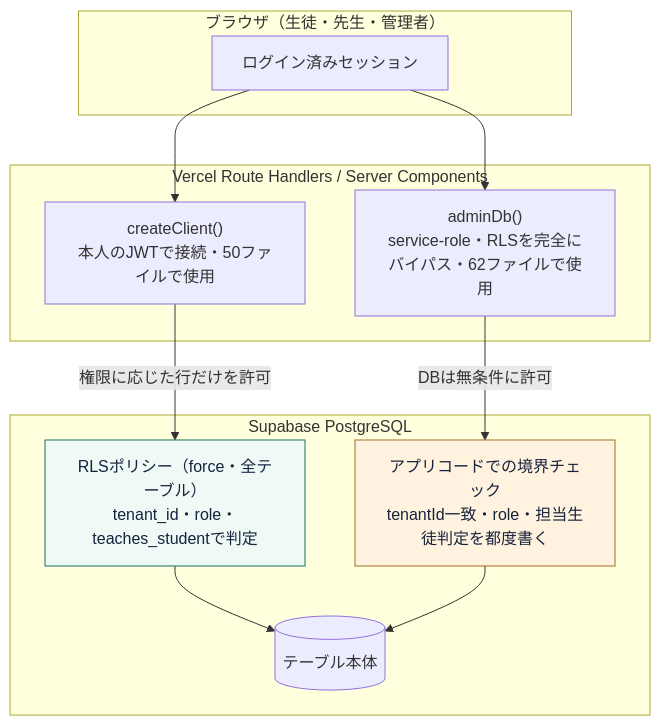
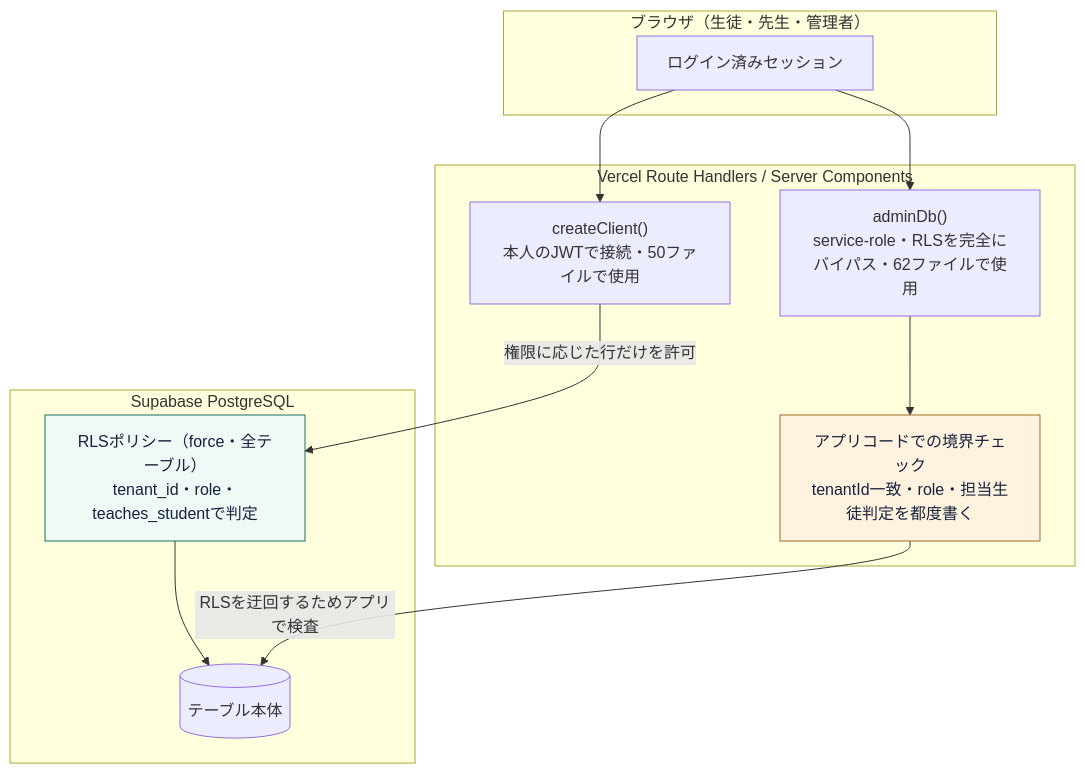
One commit to Ryuto42/toinowa changed the fifth of 5 diagrams in docs/qiita-article.md. Above: the diagram before and after it, drawn with Mermaid. The commit also changed other lines of this file, not shown here.

````diff
--- a/docs/qiita-article.md
+++ b/docs/qiita-article.md
@@ -376,24 +367,24 @@
 ```mermaid
 flowchart TB
     subgraph client["ブラウザ（生徒・先生・管理者）"]
         U["ログイン済みセッション"]
     end
 
     subgraph vercel["Vercel Route Handlers / Server Components"]
         RA["createClient()<br/>本人のJWTで接続・50ファイルで使用"]
         RB["adminDb()<br/>service-role・RLSを完全にバイパス・62ファイルで使用"]
+        APPCHECK["アプリコードでの境界チェック<br/>tenantId一致・role・担当生徒判定を都度書く"]
     end
 
     subgraph supabase["Supabase PostgreSQL"]
         RLS["RLSポリシー（force・全テーブル）<br/>tenant_id・role・teaches_studentで判定"]
-        APPCHECK["アプリコードでの境界チェック<br/>tenantId一致・role・担当生徒判定を都度書く"]
         PG[("テーブル本体")]
     end
 
     U --> RA & RB
     RA -->|権限に応じた行だけを許可| RLS --> PG
-    RB -->|DBは無条件に許可| APPCHECK --> PG
+    RB --> APPCHECK -->|RLSを迂回するためアプリで検査| PG
 
     style RLS fill:#eff9f6,stroke:#1c6e60,color:#17233d
     style APPCHECK fill:#fff3df,stroke:#a36b22,color:#17233d
 ```
````
